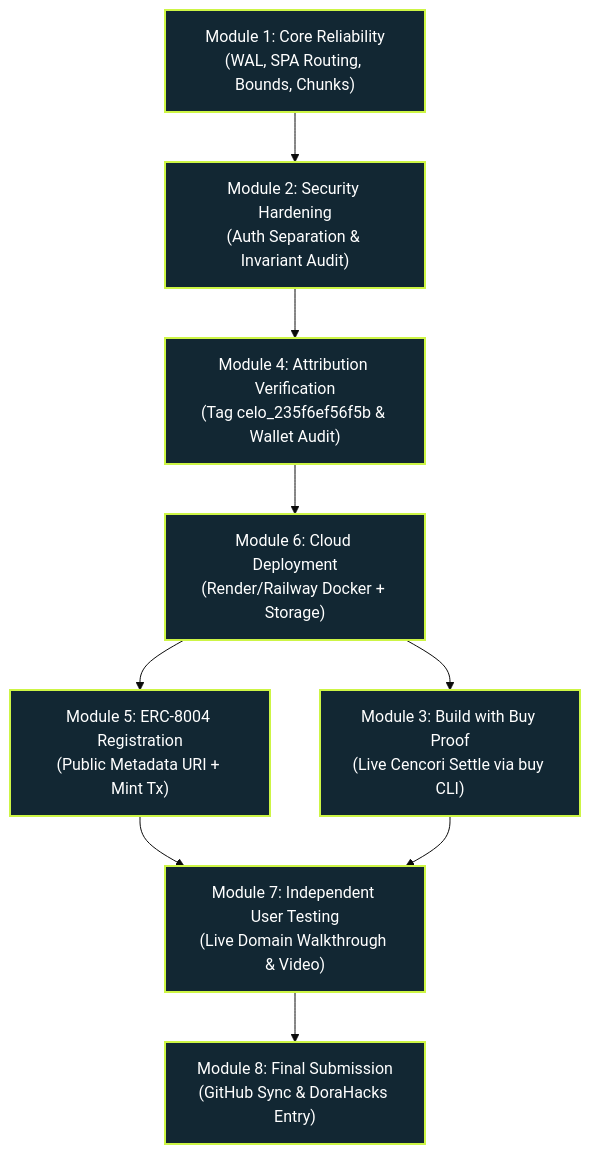
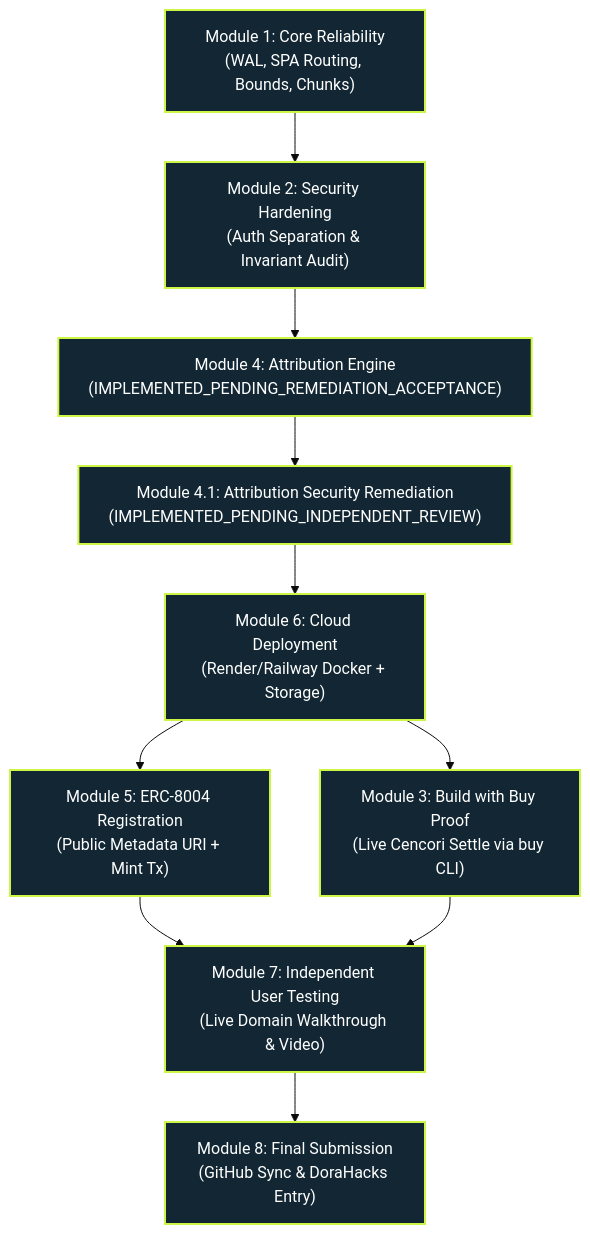
One commit to Harshal-Pande/openHackathonPS3 changed the diagram in MASTER_EXECUTION_ROADMAP.md. Above: the diagram before and after it, drawn with Mermaid (base theme). The commit also changed other lines of this file and 15 other files, not shown here.

Commit message:
fix(mod-04): harden attribution and registration security

````diff
--- a/MASTER_EXECUTION_ROADMAP.md
+++ b/MASTER_EXECUTION_ROADMAP.md
@@ -14,20 +14,22 @@
 ```mermaid
 flowchart TD
     M1["Module 1: Core Reliability<br/>(WAL, SPA Routing, Bounds, Chunks)"] --> M2["Module 2: Security Hardening<br/>(Auth Separation & Invariant Audit)"]
-    M2 --> M4["Module 4: Attribution Verification<br/>(Tag celo_235f6ef56f5b & Wallet Audit)"]
-    M4 --> M6["Module 6: Cloud Deployment<br/>(Render/Railway Docker + Storage)"]
+    M2 --> M4["Module 4: Attribution Engine<br/>(IMPLEMENTED_PENDING_REMEDIATION_ACCEPTANCE)"]
+    M4 --> M4_1["Module 4.1: Attribution Security Remediation<br/>(IMPLEMENTED_PENDING_INDEPENDENT_REVIEW)"]
+    M4_1 --> M6["Module 6: Cloud Deployment<br/>(Render/Railway Docker + Storage)"]
     M6 --> M5["Module 5: ERC-8004 Registration<br/>(Public Metadata URI + Mint Tx)"]
     M6 --> M3["Module 3: Build with Buy Proof<br/>(Live Cencori Settle via buy CLI)"]
     M5 --> M7["Module 7: Independent User Testing<br/>(Live Domain Walkthrough & Video)"]
     M3 --> M7
     M7 --> M8["Module 8: Final Submission<br/>(GitHub Sync & DoraHacks Entry)"]
 
     style M1 fill:#122733,stroke:#CDF545,stroke-width:2px,color:#fff
     style M2 fill:#122733,stroke:#CDF545,stroke-width:2px,color:#fff
     style M3 fill:#122733,stroke:#CDF545,stroke-width:2px,color:#fff
     style M4 fill:#122733,stroke:#CDF545,stroke-width:2px,color:#fff
+    style M4_1 fill:#122733,stroke:#CDF545,stroke-width:2px,color:#fff
     style M5 fill:#122733,stroke:#CDF545,stroke-width:2px,color:#fff
     style M6 fill:#122733,stroke:#CDF545,stroke-width:2px,color:#fff
     style M7 fill:#122733,stroke:#CDF545,stroke-width:2px,color:#fff
     style M8 fill:#122733,stroke:#CDF545,stroke-width:2px,color:#fff
 ```
````
